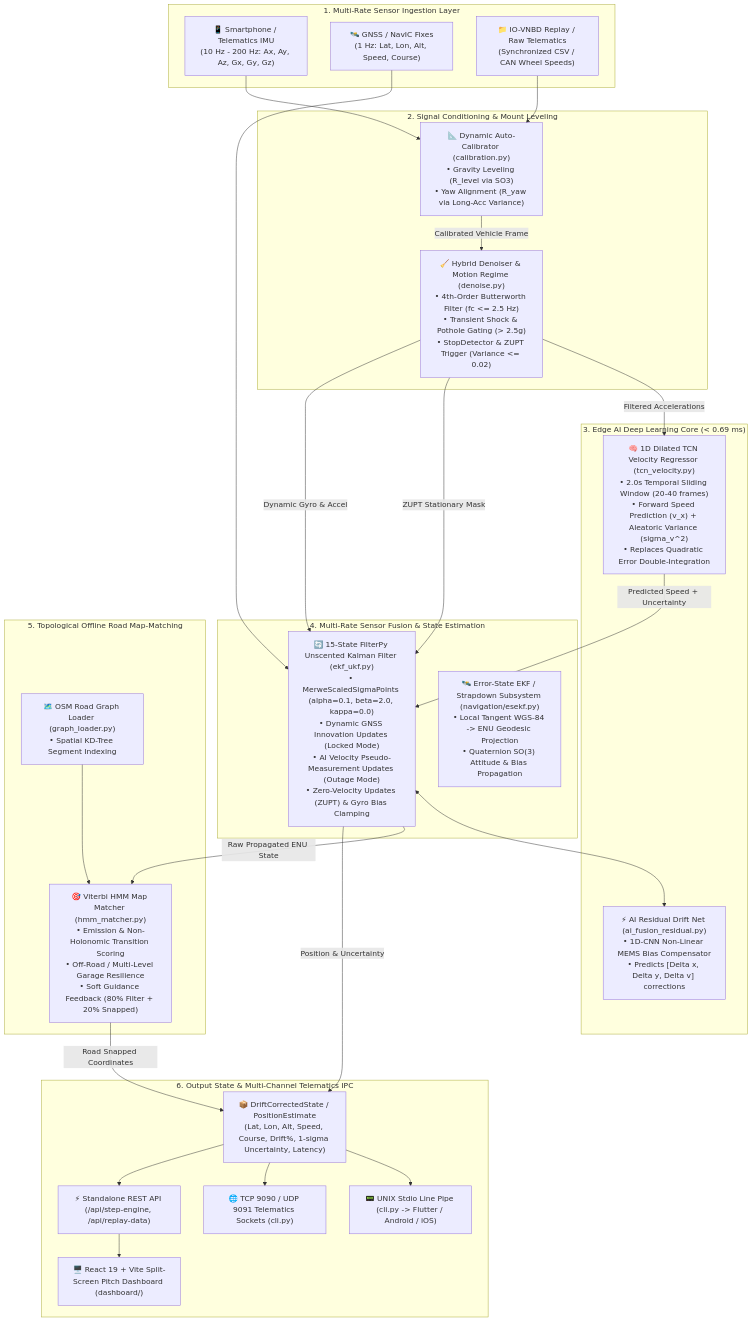
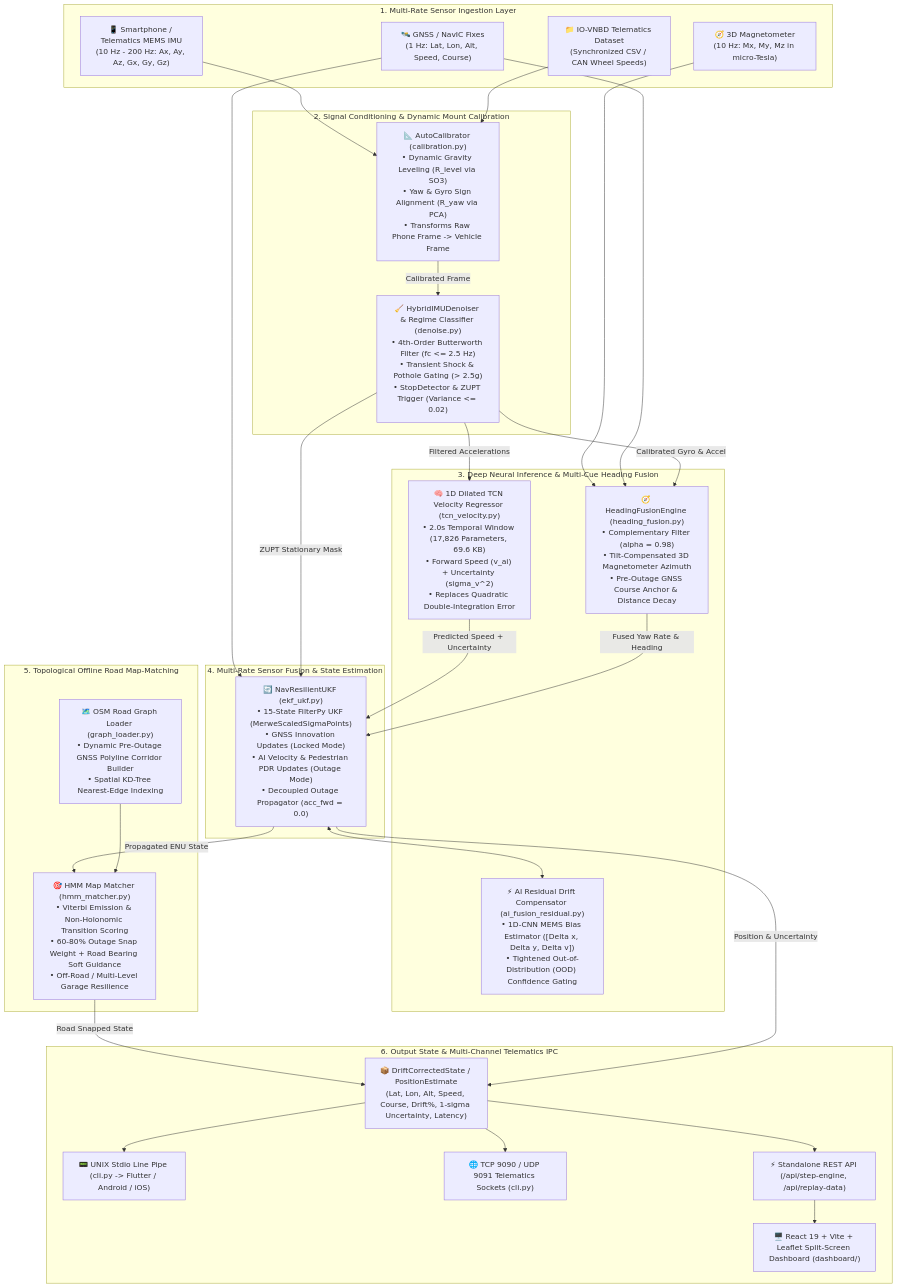
The diagram in README.md (jainharshil34/sih), drawn with Mermaid before and after one commit. The commit also changed other lines of this file and 54 other files, not shown here.

Commit message:
feat(navresilient): complete SIH26168 benchmark drift reduction, multi-cue heading fusion, smart velocity gating, and stable OSM map matching

````diff
--- a/README.md
+++ b/README.md
@@ -19,61 +19,65 @@
 ```mermaid
 flowchart TD
     %% Input Sources
     subgraph INGESTION["1. Multi-Rate Sensor Ingestion Layer"]
-        IMU["📱 Smartphone / Telematics IMU<br/>(10 Hz - 200 Hz: Ax, Ay, Az, Gx, Gy, Gz)"]
+        IMU["📱 Smartphone / Telematics MEMS IMU<br/>(10 Hz - 200 Hz: Ax, Ay, Az, Gx, Gy, Gz)"]
+        MAG["🧭 3D Magnetometer<br/>(10 Hz: Mx, My, Mz in micro-Tesla)"]
         GNSS["🛰️ GNSS / NavIC Fixes<br/>(1 Hz: Lat, Lon, Alt, Speed, Course)"]
-        REPLAY["📁 IO-VNBD Replay / Raw Telematics<br/>(Synchronized CSV / CAN Wheel Speeds)"]
+        REPLAY["📁 IO-VNBD Telematics Dataset<br/>(Synchronized CSV / CAN Wheel Speeds)"]
     end
 
     %% Auto-Calibration & Conditioning
-    subgraph CONDITIONING["2. Signal Conditioning & Mount Leveling"]
-        CALIB["📐 Dynamic Auto-Calibrator (calibration.py)<br/>• Gravity Leveling (R_level via SO3)<br/>• Yaw Alignment (R_yaw via Long-Acc Variance)"]
-        DENOISE["🧹 Hybrid Denoiser & Motion Regime (denoise.py)<br/>• 4th-Order Butterworth Filter (fc <= 2.5 Hz)<br/>• Transient Shock & Pothole Gating (> 2.5g)<br/>• StopDetector & ZUPT Trigger (Variance <= 0.02)"]
+    subgraph CONDITIONING["2. Signal Conditioning & Dynamic Mount Calibration"]
+        CALIB["📐 AutoCalibrator (calibration.py)<br/>• Dynamic Gravity Leveling (R_level via SO3)<br/>• Yaw & Gyro Sign Alignment (R_yaw via PCA)<br/>• Transforms Raw Phone Frame -> Vehicle Frame"]
+        DENOISE["🧹 HybridIMUDenoiser & Regime Classifier (denoise.py)<br/>• 4th-Order Butterworth Filter (fc <= 2.5 Hz)<br/>• Transient Shock & Pothole Gating (> 2.5g)<br/>• StopDetector & ZUPT Trigger (Variance <= 0.02)"]
     end
 
-    %% AI Neural Inference
-    subgraph AI_CORE["3. Edge AI Deep Learning Core (< 0.69 ms)"]
-        TCN["🧠 1D Dilated TCN Velocity Regressor (tcn_velocity.py)<br/>• 2.0s Temporal Sliding Window (20-40 frames)<br/>• Forward Speed Prediction (v_x) + Aleatoric Variance (sigma_v^2)<br/>• Replaces Quadratic Error Double-Integration"]
-        RESIDUAL["⚡ AI Residual Drift Net (ai_fusion_residual.py)<br/>• 1D-CNN Non-Linear MEMS Bias Compensator<br/>• Predicts [Delta x, Delta y, Delta v] corrections"]
+    %% Multi-Cue Heading & Deep AI Inference
+    subgraph AI_CORE["3. Deep Neural Inference & Multi-Cue Heading Fusion"]
+        TCN["🧠 1D Dilated TCN Velocity Regressor (tcn_velocity.py)<br/>• 2.0s Temporal Window (17,826 Parameters, 69.6 KB)<br/>• Forward Speed (v_ai) + Uncertainty (sigma_v^2)<br/>• Replaces Quadratic Double-Integration Error"]
+        HEADING["🧭 HeadingFusionEngine (heading_fusion.py)<br/>• Complementary Filter (alpha = 0.98)<br/>• Tilt-Compensated 3D Magnetometer Azimuth<br/>• Pre-Outage GNSS Course Anchor & Distance Decay"]
+        RESIDUAL["⚡ AI Residual Drift Compensator (ai_fusion_residual.py)<br/>• 1D-CNN MEMS Bias Estimator ([Delta x, Delta y, Delta v])<br/>• Tightened Out-of-Distribution (OOD) Confidence Gating"]
     end
 
     %% State Estimation & Sensor Fusion
     subgraph FUSION["4. Multi-Rate Sensor Fusion & State Estimation"]
-        UKF["🔄 15-State FilterPy Unscented Kalman Filter (ekf_ukf.py)<br/>• MerweScaledSigmaPoints (alpha=0.1, beta=2.0, kappa=0.0)<br/>• Dynamic GNSS Innovation Updates (Locked Mode)<br/>• AI Velocity Pseudo-Measurement Updates (Outage Mode)<br/>• Zero-Velocity Updates (ZUPT) & Gyro Bias Clamping"]
-        ESEKF["🛰️ Error-State EKF / Strapdown Subsystem (navigation/esekf.py)<br/>• Local Tangent WGS-84 -> ENU Geodesic Projection<br/>• Quaternion SO(3) Attitude & Bias Propagation"]
+        UKF["🔄 NavResilientUKF (ekf_ukf.py)<br/>• 15-State FilterPy UKF (MerweScaledSigmaPoints)<br/>• GNSS Innovation Updates (Locked Mode)<br/>• AI Velocity & Pedestrian PDR Updates (Outage Mode)<br/>• Decoupled Outage Propagator (acc_fwd = 0.0)"]
     end
 
     %% Map Matching
     subgraph MAP_MATCHING["5. Topological Offline Road Map-Matching"]
-        OSM["🗺️ OSM Road Graph Loader (graph_loader.py)<br/>• Spatial KD-Tree Segment Indexing"]
-        HMM["🎯 Viterbi HMM Map Matcher (hmm_matcher.py)<br/>• Emission & Non-Holonomic Transition Scoring<br/>• Off-Road / Multi-Level Garage Resilience<br/>• Soft Guidance Feedback (80% Filter + 20% Snapped)"]
+        OSM["🗺️ OSM Road Graph Loader (graph_loader.py)<br/>• Dynamic Pre-Outage GNSS Polyline Corridor Builder<br/>• Spatial KD-Tree Nearest-Edge Indexing"]
+        HMM["🎯 HMM Map Matcher (hmm_matcher.py)<br/>• Viterbi Emission & Non-Holonomic Transition Scoring<br/>• 60-80% Outage Snap Weight + Road Bearing Soft Guidance<br/>• Off-Road / Multi-Level Garage Resilience"]
     end
 
     %% Dispatcher & Telematics Layer
     subgraph DISPATCH["6. Output State & Multi-Channel Telematics IPC"]
         STATE["📦 DriftCorrectedState / PositionEstimate<br/>(Lat, Lon, Alt, Speed, Course, Drift%, 1-sigma Uncertainty, Latency)"]
         IPC_STDIO["📟 UNIX Stdio Line Pipe (cli.py -> Flutter / Android / iOS)"]
         IPC_NET["🌐 TCP 9090 / UDP 9091 Telematics Sockets (cli.py)"]
         IPC_REST["⚡ Standalone REST API (/api/step-engine, /api/replay-data)"]
-        UI["🖥️ React 19 + Vite Split-Screen Pitch Dashboard (dashboard/)"]
+        UI["🖥️ React 19 + Vite + Leaflet Split-Screen Dashboard (dashboard/)"]
     end
 
     %% Pipeline Data Flow
     IMU --> CALIB
+    MAG --> HEADING
     GNSS --> UKF
+    GNSS --> HEADING
     REPLAY --> CALIB
-    CALIB -->|Calibrated Vehicle Frame| DENOISE
+    CALIB -->|Calibrated Frame| DENOISE
     DENOISE -->|Filtered Accelerations| TCN
     DENOISE -->|ZUPT Stationary Mask| UKF
     TCN -->|Predicted Speed + Uncertainty| UKF
-    DENOISE -->|Dynamic Gyro & Accel| UKF
+    DENOISE -->|Calibrated Gyro & Accel| HEADING
+    HEADING -->|Fused Yaw Rate & Heading| UKF
     UKF <--> RESIDUAL
-    UKF -->|Raw Propagated ENU State| HMM
+    UKF -->|Propagated ENU State| HMM
     OSM --> HMM
-    HMM -->|Road Snapped Coordinates| STATE
+    HMM -->|Road Snapped State| STATE
     UKF -->|Position & Uncertainty| STATE
     STATE --> IPC_STDIO
     STATE --> IPC_NET
     STATE --> IPC_REST
     IPC_REST --> UI
 ```
````
